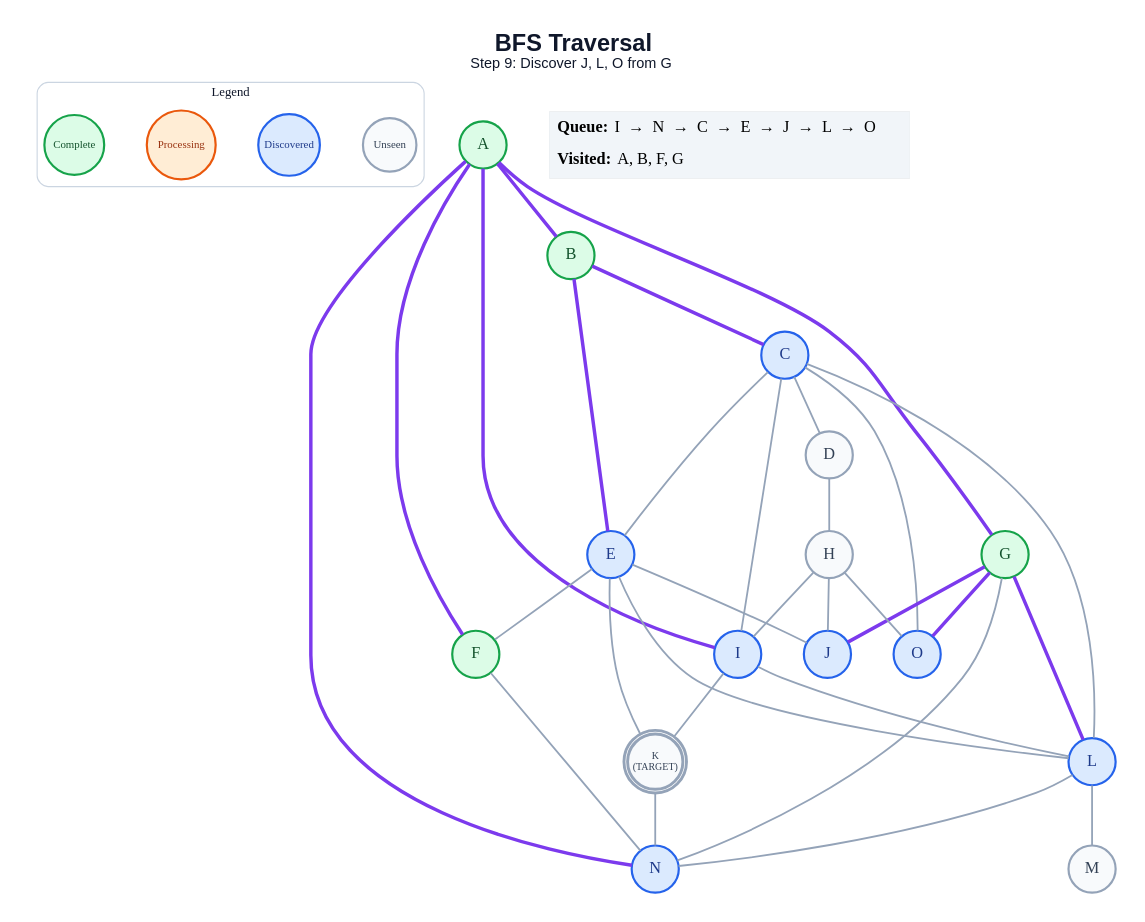
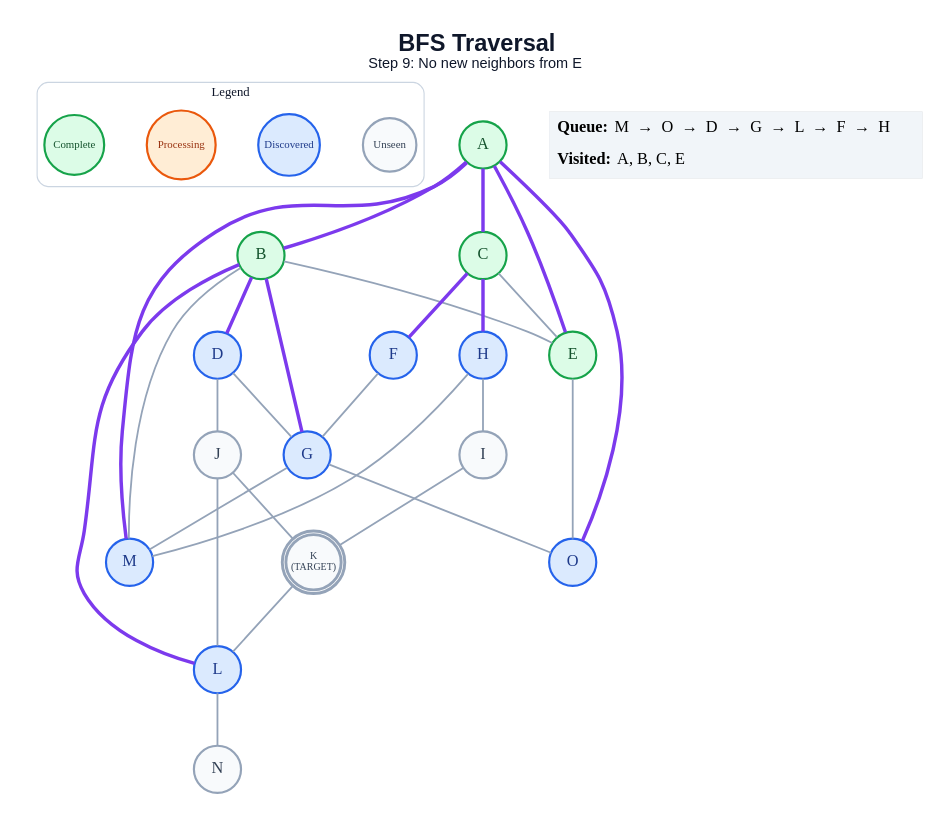
The diagram in generated/short-circuit/bfs/step_09.dot (anon7238593-create/ai-slop), drawn with Graphviz before and after one commit. The commit also changed 302 other files, not shown here.

```diff
--- a/generated/short-circuit/bfs/step_09.dot
+++ b/generated/short-circuit/bfs/step_09.dot
@@ -1,64 +1,60 @@
 graph traversal {
   graph [layout=dot, rankdir=TB, bgcolor="#FFFFFF", pad="0.35", nodesep="0.65", ranksep="0.8", fontname="Arial"];
   node [shape=circle, style="filled", fontname="Arial Bold", fontsize=18, width=0.72, fixedsize=true, penwidth=2.4];
   edge [color="#94A3B8", penwidth=2.0];
-  label=<<B>BFS Traversal</B><BR/><FONT POINT-SIZE="16">Step 9: Discover J, L, O from G</FONT>>; labelloc="t"; fontsize=26; fontname="Arial"; fontcolor="#0F172A";
+  label=<<B>BFS Traversal</B><BR/><FONT POINT-SIZE="16">Step 9: No new neighbors from E</FONT>>; labelloc="t"; fontsize=26; fontname="Arial"; fontcolor="#0F172A";
   subgraph cluster_legend { label="Legend"; color="#CBD5E1"; penwidth=1.2; style="rounded"; fontsize=14; fontname="Arial Bold";
     key_unseen [label="Unseen", fillcolor="#F8FAFC", color="#94A3B8", fontcolor="#334155", fontsize=12, width=0.82];
     key_frontier [label="Discovered", fillcolor="#DBEAFE", color="#2563EB", fontcolor="#1E3A8A", fontsize=12, width=0.95];
     key_current [label="Processing", fillcolor="#FFEDD5", color="#EA580C", fontcolor="#9A3412", fontsize=12, width=1.05];
     key_done [label="Complete", fillcolor="#DCFCE7", color="#16A34A", fontcolor="#14532D", fontsize=12, width=0.92];
     { rank=same; key_unseen; key_frontier; key_current; key_done; }
   }
   A [label="A", fillcolor="#DCFCE7", color="#16A34A", fontcolor="#14532D", peripheries=1, penwidth=2.4];
   B [label="B", fillcolor="#DCFCE7", color="#16A34A", fontcolor="#14532D", peripheries=1, penwidth=2.4];
-  C [label="C", fillcolor="#DBEAFE", color="#2563EB", fontcolor="#1E3A8A", peripheries=1, penwidth=2.4];
-  D [label="D", fillcolor="#F8FAFC", color="#94A3B8", fontcolor="#334155", peripheries=1, penwidth=2.4];
-  E [label="E", fillcolor="#DBEAFE", color="#2563EB", fontcolor="#1E3A8A", peripheries=1, penwidth=2.4];
-  F [label="F", fillcolor="#DCFCE7", color="#16A34A", fontcolor="#14532D", peripheries=1, penwidth=2.4];
-  G [label="G", fillcolor="#DCFCE7", color="#16A34A", fontcolor="#14532D", peripheries=1, penwidth=2.4];
-  H [label="H", fillcolor="#F8FAFC", color="#94A3B8", fontcolor="#334155", peripheries=1, penwidth=2.4];
-  I [label="I", fillcolor="#DBEAFE", color="#2563EB", fontcolor="#1E3A8A", peripheries=1, penwidth=2.4];
-  J [label="J", fillcolor="#DBEAFE", color="#2563EB", fontcolor="#1E3A8A", peripheries=1, penwidth=2.4];
+  C [label="C", fillcolor="#DCFCE7", color="#16A34A", fontcolor="#14532D", peripheries=1, penwidth=2.4];
+  D [label="D", fillcolor="#DBEAFE", color="#2563EB", fontcolor="#1E3A8A", peripheries=1, penwidth=2.4];
+  E [label="E", fillcolor="#DCFCE7", color="#16A34A", fontcolor="#14532D", peripheries=1, penwidth=2.4];
+  F [label="F", fillcolor="#DBEAFE", color="#2563EB", fontcolor="#1E3A8A", peripheries=1, penwidth=2.4];
+  G [label="G", fillcolor="#DBEAFE", color="#2563EB", fontcolor="#1E3A8A", peripheries=1, penwidth=2.4];
+  H [label="H", fillcolor="#DBEAFE", color="#2563EB", fontcolor="#1E3A8A", peripheries=1, penwidth=2.4];
+  I [label="I", fillcolor="#F8FAFC", color="#94A3B8", fontcolor="#334155", peripheries=1, penwidth=2.4];
+  J [label="J", fillcolor="#F8FAFC", color="#94A3B8", fontcolor="#334155", peripheries=1, penwidth=2.4];
   K [label="K\n(TARGET)", fillcolor="#F8FAFC", color="#94A3B8", fontcolor="#334155", peripheries=2, penwidth=3.2, fontsize=11, width=0.85, height=0.85];
   L [label="L", fillcolor="#DBEAFE", color="#2563EB", fontcolor="#1E3A8A", peripheries=1, penwidth=2.4];
-  M [label="M", fillcolor="#F8FAFC", color="#94A3B8", fontcolor="#334155", peripheries=1, penwidth=2.4];
-  N [label="N", fillcolor="#DBEAFE", color="#2563EB", fontcolor="#1E3A8A", peripheries=1, penwidth=2.4];
+  M [label="M", fillcolor="#DBEAFE", color="#2563EB", fontcolor="#1E3A8A", peripheries=1, penwidth=2.4];
+  N [label="N", fillcolor="#F8FAFC", color="#94A3B8", fontcolor="#334155", peripheries=1, penwidth=2.4];
   O [label="O", fillcolor="#DBEAFE", color="#2563EB", fontcolor="#1E3A8A", peripheries=1, penwidth=2.4];
   A -- B [color="#7C3AED", penwidth=3.8];
-  A -- F [color="#7C3AED", penwidth=3.8];
-  A -- G [color="#7C3AED", penwidth=3.8];
-  A -- I [color="#7C3AED", penwidth=3.8];
-  A -- N [color="#7C3AED", penwidth=3.8];
-  B -- C [color="#7C3AED", penwidth=3.8];
-  B -- E [color="#7C3AED", penwidth=3.8];
-  C -- D;
+  A -- C [color="#7C3AED", penwidth=3.8];
+  A -- E [color="#7C3AED", penwidth=3.8];
+  A -- M [color="#7C3AED", penwidth=3.8];
+  A -- O [color="#7C3AED", penwidth=3.8];
+  B -- D [color="#7C3AED", penwidth=3.8];
+  B -- E;
+  B -- G [color="#7C3AED", penwidth=3.8];
+  B -- L [color="#7C3AED", penwidth=3.8];
+  B -- M;
   C -- E;
-  C -- I;
-  C -- L;
-  C -- O;
-  D -- H;
-  E -- F;
-  E -- J;
-  E -- K;
-  E -- L;
-  F -- N;
-  G -- J [color="#7C3AED", penwidth=3.8];
-  G -- L [color="#7C3AED", penwidth=3.8];
-  G -- N;
-  G -- O [color="#7C3AED", penwidth=3.8];
+  C -- F [color="#7C3AED", penwidth=3.8];
+  C -- H [color="#7C3AED", penwidth=3.8];
+  D -- G;
+  D -- J;
+  E -- O;
+  F -- G;
+  G -- M;
+  G -- O;
   H -- I;
-  H -- J;
-  H -- O;
+  H -- M;
   I -- K;
-  I -- L;
-  K -- N;
-  L -- M;
+  J -- K;
+  J -- L;
+  K -- L;
   L -- N;
   status [shape=plain, fixedsize=false, width=0, height=0, margin=0, label=<
     <TABLE BORDER="0" CELLBORDER="0" CELLPADDING="7" BGCOLOR="#F1F5F9">
-      <TR><TD ALIGN="LEFT"><B>Queue:</B> I  →  N  →  C  →  E  →  J  →  L  →  O</TD></TR>
-      <TR><TD ALIGN="LEFT"><B>Visited:</B> A, B, F, G</TD></TR>
+      <TR><TD ALIGN="LEFT"><B>Queue:</B> M  →  O  →  D  →  G  →  L  →  F  →  H</TD></TR>
+      <TR><TD ALIGN="LEFT"><B>Visited:</B> A, B, C, E</TD></TR>
     </TABLE>
   >];
 }
```
